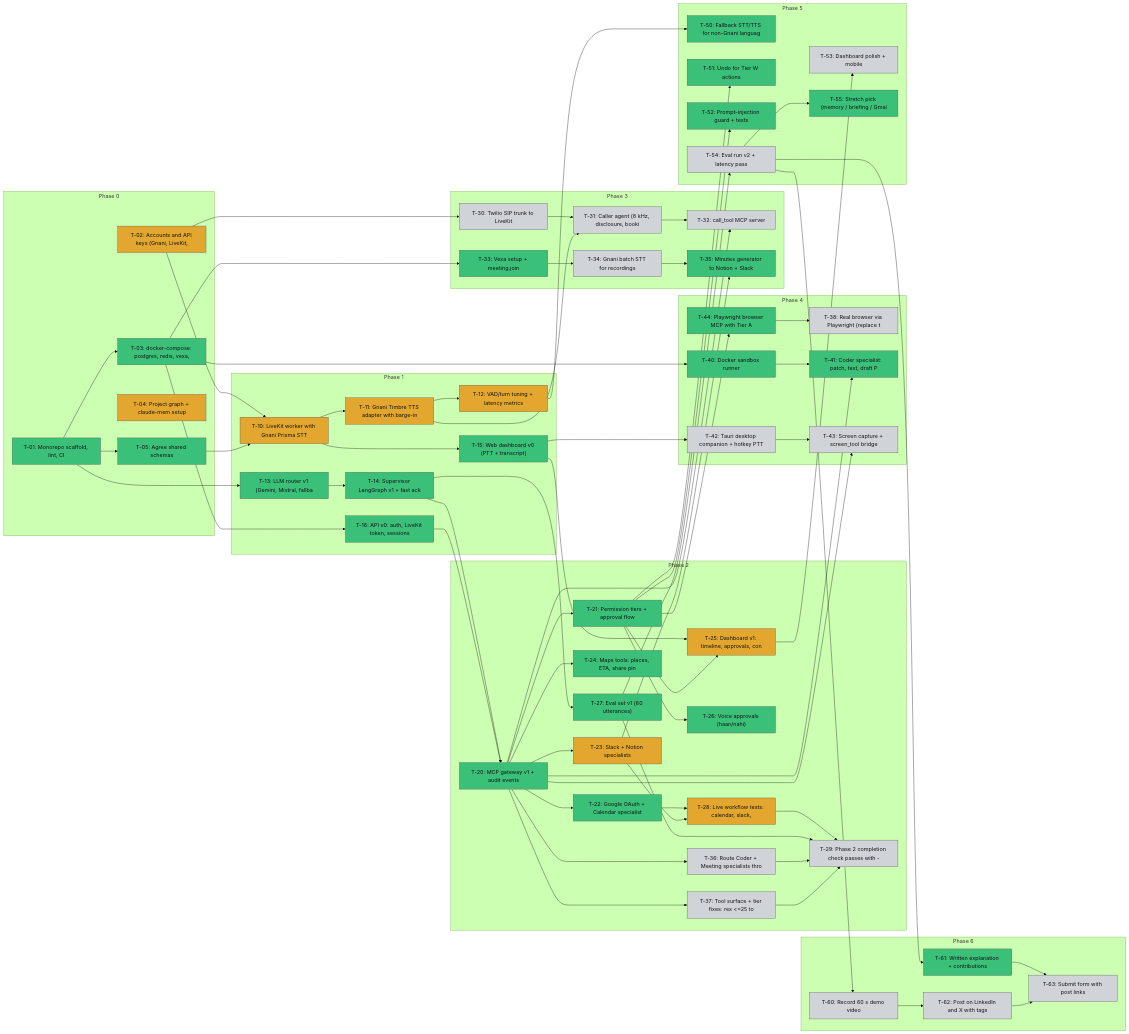
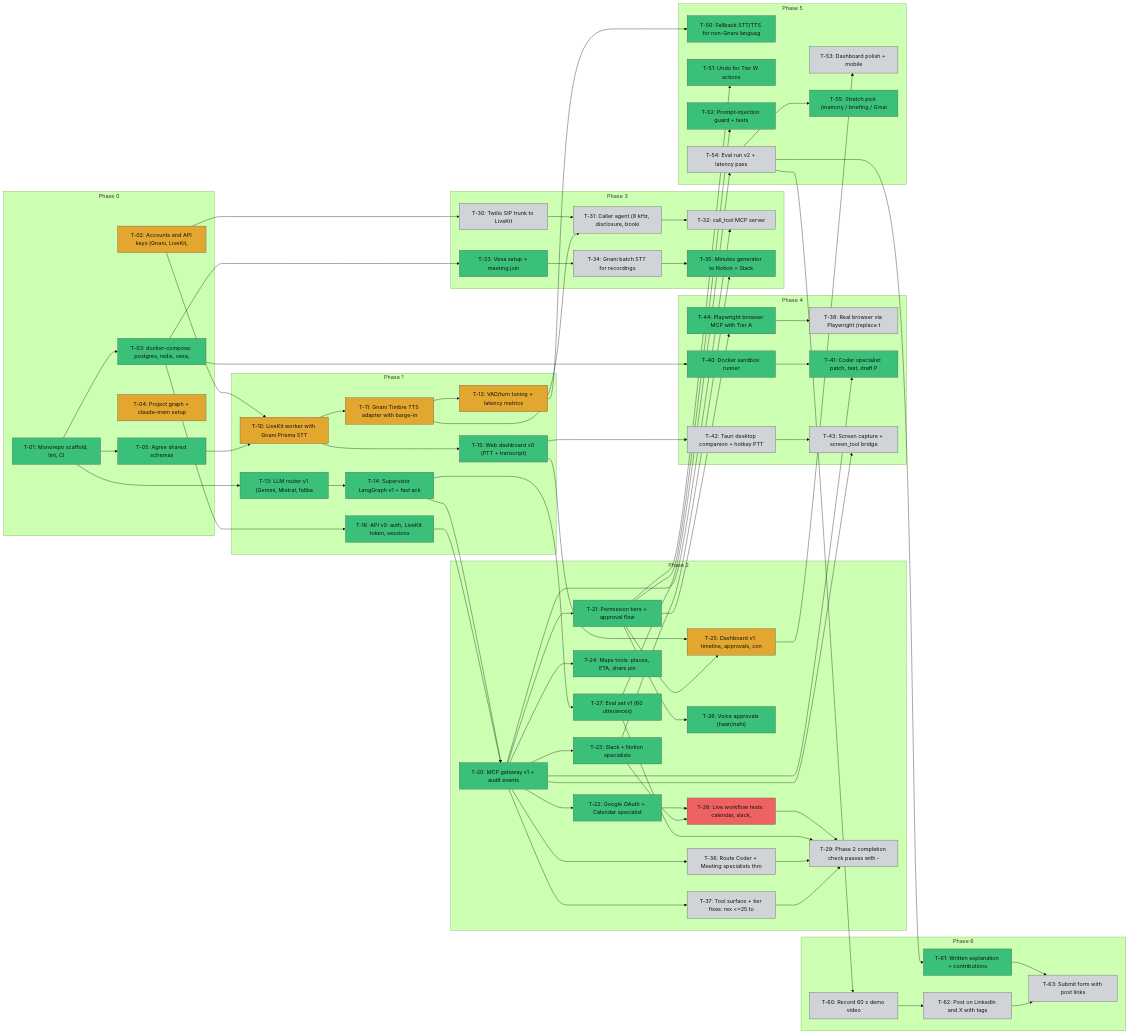
The diagram in PROGRESS.md (Joohhnnyyy/Rex), drawn with Mermaid (forest theme) before and after one commit. The commit also changed other lines of this file and 6 other files, not shown here.

First line of the commit message:
llm: REX_CHAIN_<KIND> override to reorder model chains; Slack live; T-23 done, T-28 blocked on LLM quota

```diff
--- a/PROGRESS.md
+++ b/PROGRESS.md
@@ -82,12 +80,12 @@
     T20["T-20: MCP gateway v1 + audit events"]:::done
     T21["T-21: Permission tiers + approval flow"]:::done
     T22["T-22: Google OAuth + Calendar specialist"]:::done
-    T23["T-23: Slack + Notion specialists"]:::in_progress
+    T23["T-23: Slack + Notion specialists"]:::done
     T24["T-24: Maps tools: places, ETA, share pin"]:::done
     T25["T-25: Dashboard v1: timeline, approvals, con"]:::in_progress
     T26["T-26: Voice approvals (haan/nahi)"]:::done
     T27["T-27: Eval set v1 (60 utterances)"]:::done
-    T28["T-28: Live workflow tests: calendar, slack, "]:::in_progress
+    T28["T-28: Live workflow tests: calendar, slack, "]:::blocked
     T29["T-29: Phase 2 completion check passes with -"]:::todo
     T36["T-36: Route Coder + Meeting specialists thro"]:::todo
     T37["T-37: Tool surface + tier fixes: rex <=25 to"]:::todo
```
